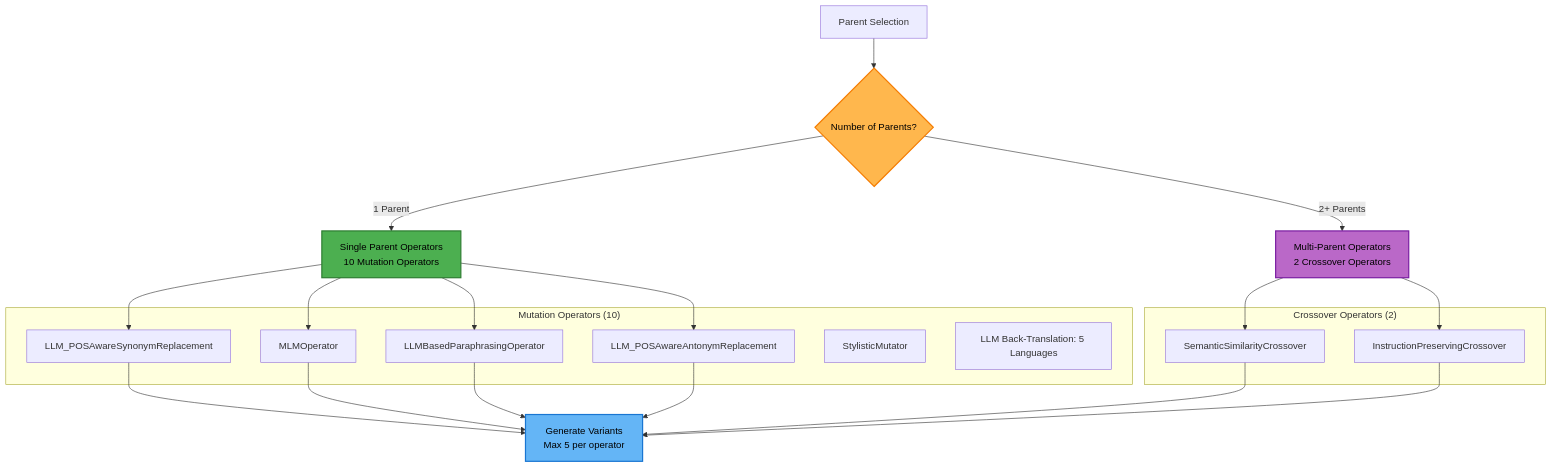
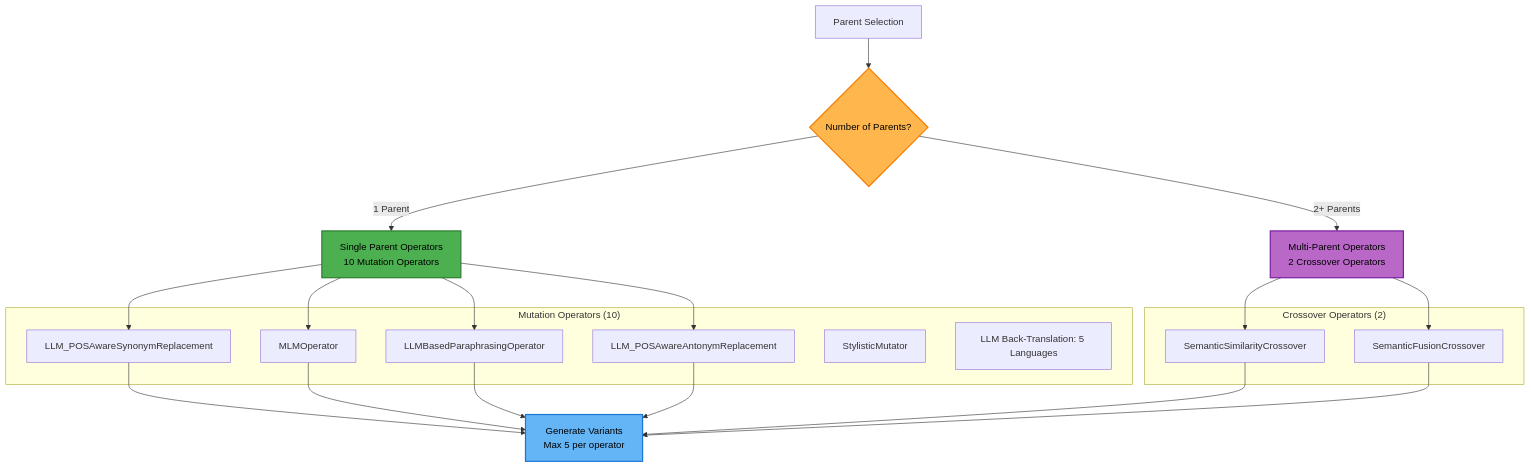
Before and after one commit to Onkar2102/ToxSearch: the first of 4 diagrams in src/ea/README.md, drawn with Mermaid. The commit also changed other lines of this file and 47 other files, not shown here.

````diff
--- a/src/ea/README.md
+++ b/src/ea/README.md
@@ -148,40 +148,40 @@
 ```mermaid
 flowchart TD
   A[Parent Selection] --> B{Number of Parents?}
   B -->|1 Parent| C[Single Parent Operators<br/>10 Mutation Operators]
   B -->|2+ Parents| D[Multi-Parent Operators<br/>2 Crossover Operators]
   
   subgraph "Mutation Operators (10)"
     E1[LLM_POSAwareSynonymReplacement]
     E2[MLMOperator]
     E3[LLMBasedParaphrasingOperator]
     E4[LLM_POSAwareAntonymReplacement]
     E5[StylisticMutator]
     E6[LLM Back-Translation: 5 Languages]
   end
   
   subgraph "Crossover Operators (2)"
     F1[SemanticSimilarityCrossover]
-    F2[InstructionPreservingCrossover]
+    F2[SemanticFusionCrossover]
   end
   
   C --> E1
   C --> E2
   C --> E3
   C --> E4
   
   D --> F1
   D --> F2
   
   E1 --> G[Generate Variants<br/>Max 5 per operator]
   E2 --> G
   E3 --> G
   E4 --> G
   F1 --> G
   F2 --> G
   
   style B fill:#ffb74d,stroke:#f57c00,stroke-width:2px,color:#000
   style C fill:#4caf50,stroke:#2e7d32,stroke-width:2px,color:#000
   style D fill:#ba68c8,stroke:#7b1fa2,stroke-width:2px,color:#000
   style G fill:#64b5f6,stroke:#1976d2,stroke-width:2px,color:#000
 ```
````
